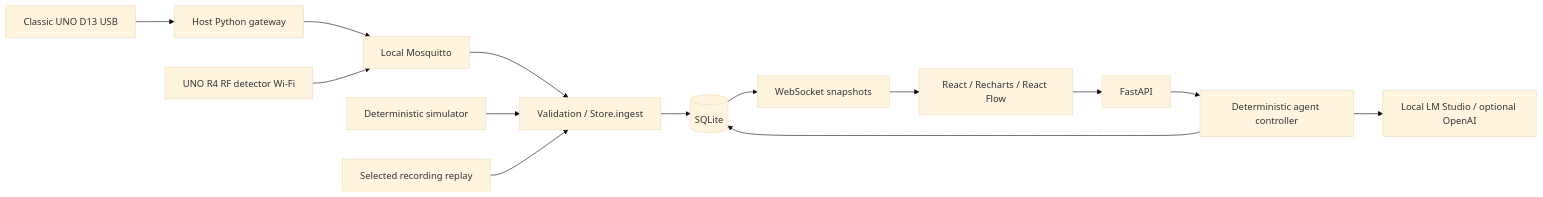
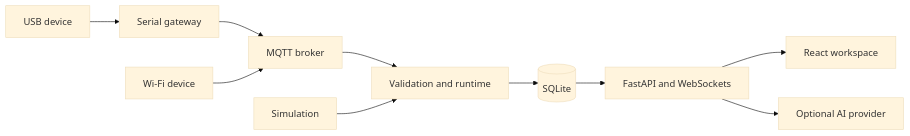
Before and after one commit to SalehBaderah/Agentwin: the diagram in README.md, drawn with Mermaid (base theme). The commit also changed other lines of this file and 33 other files, not shown here.

````diff
--- a/README.md
+++ b/README.md
@@ -226,16 +160,12 @@
 ```mermaid
 flowchart LR
-  USB[Classic UNO D13 USB] --> GW[Host Python gateway]
-  GW --> MQ[Local Mosquitto]
-  WIFI[UNO R4 RF detector Wi-Fi] --> MQ
-  MQ --> ING[Validation / Store.ingest]
-  SIM[Deterministic simulator] --> ING
-  REP[Selected recording replay] --> ING
-  ING --> DB[(SQLite)]
-  DB --> WS[WebSocket snapshots]
-  WS --> UI[React / Recharts / React Flow]
-  UI --> API[FastAPI]
-  API --> AG[Deterministic agent controller]
-  AG --> DB
-  AG --> LLM[Local LM Studio / optional OpenAI]
+    USB[USB device] --> Gateway[Serial gateway]
+    Gateway --> MQTT[MQTT broker]
+    Device[Wi-Fi device] --> MQTT
+    MQTT --> Runtime[Validation and runtime]
+    Simulation[Simulation] --> Runtime
+    Runtime --> Store[(SQLite)]
+    Store --> API[FastAPI and WebSockets]
+    API --> UI[React workspace]
+    API --> Agent[Optional AI provider]
 ```
````
